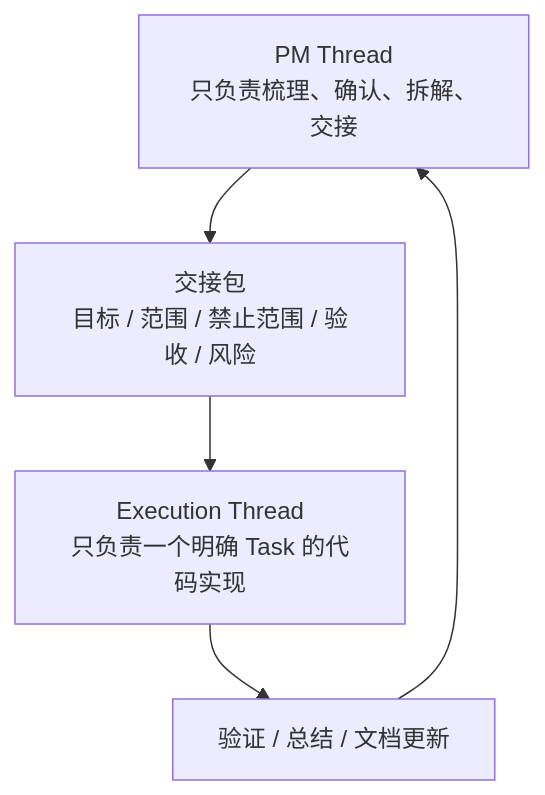
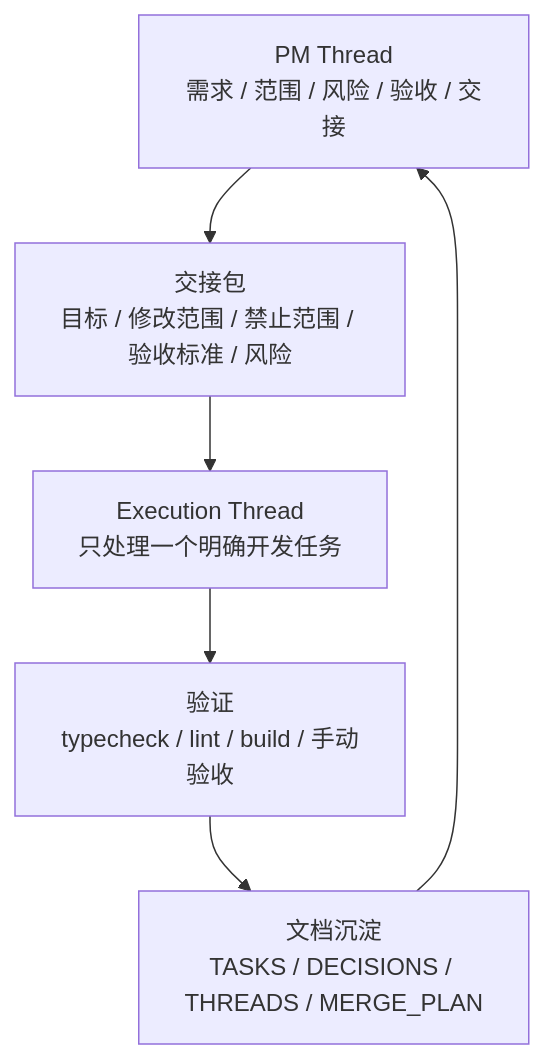
Before and after one commit to btcys/chengying-codex-skill-pack: the second of 3 diagrams in README.md, drawn with Mermaid. The commit also changed other lines of this file, not shown here.

````diff
--- a/README.md
+++ b/README.md
@@ -39,7 +49,8 @@
 ```mermaid
 flowchart TB
-  PM[PM Thread\n只负责梳理、确认、拆解、交接] --> Handoff[交接包\n目标 / 范围 / 禁止范围 / 验收 / 风险]
-  Handoff --> Exec[Execution Thread\n只负责一个明确 Task 的代码实现]
-  Exec --> Review[验证 / 总结 / 文档更新]
-  Review --> PM
+  PM[PM Thread<br/>需求 / 范围 / 风险 / 验收 / 交接] --> Handoff[交接包<br/>目标 / 修改范围 / 禁止范围 / 验收标准 / 风险]
+  Handoff --> Exec[Execution Thread<br/>只处理一个明确开发任务]
+  Exec --> Verify[验证<br/>typecheck / lint / build / 手动验收]
+  Verify --> Docs[文档沉淀<br/>TASKS / DECISIONS / THREADS / MERGE_PLAN]
+  Docs --> PM
 ```
````
